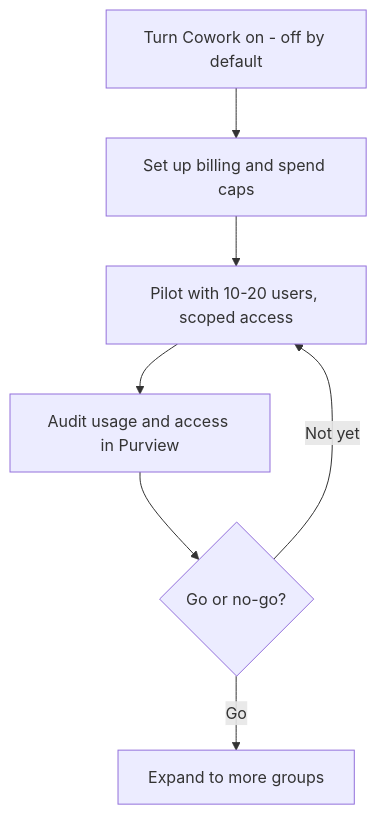
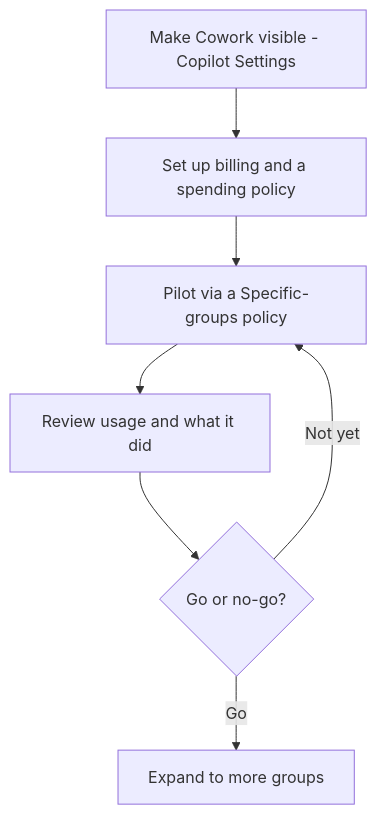
One commit to susanthgit/aguidetocloud-revamp changed the diagram in content/blog/microsoft-copilot-cowork-admin-and-governance.md. Above: the diagram before and after it, drawn with Mermaid. The commit also changed other lines of this file and 1 other file, not shown here.

First line of the commit message:
Cowork: factual accuracy fix (admin enablement + compliance)

````diff
--- a/content/blog/microsoft-copilot-cowork-admin-and-governance.md
+++ b/content/blog/microsoft-copilot-cowork-admin-and-governance.md
@@ -55,9 +55,9 @@
 ```mermaid
 flowchart TD
-  A[Turn Cowork on - off by default] --> B[Set up billing and spend caps]
-  B --> C[Pilot with 10-20 users, scoped access]
-  C --> D[Audit usage and access in Purview]
+  A[Make Cowork visible - Copilot Settings] --> B[Set up billing and a spending policy]
+  B --> C[Pilot via a Specific-groups policy]
+  C --> D[Review usage and what it did]
   D --> E{Go or no-go?}
   E -->|Go| F[Expand to more groups]
   E -->|Not yet| C
 ```
````
